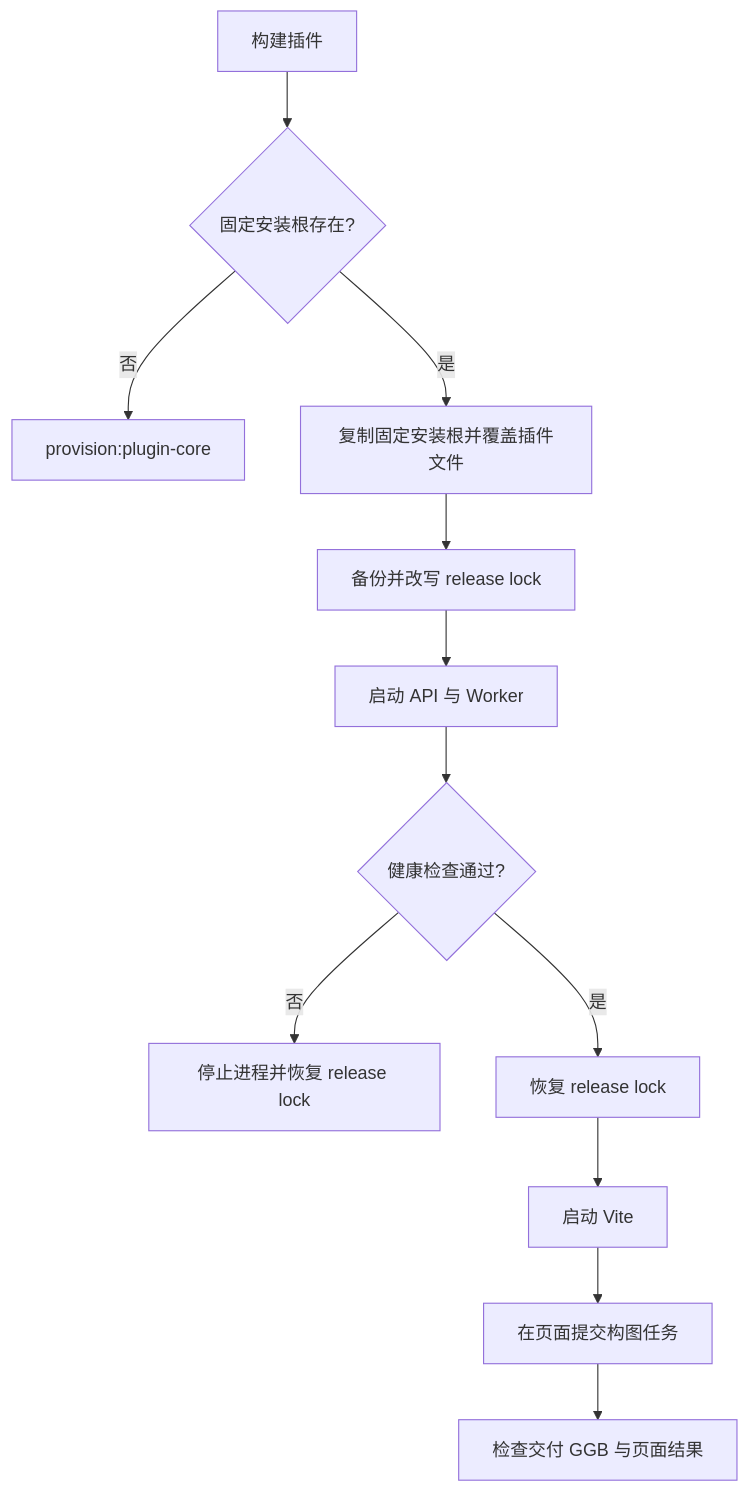
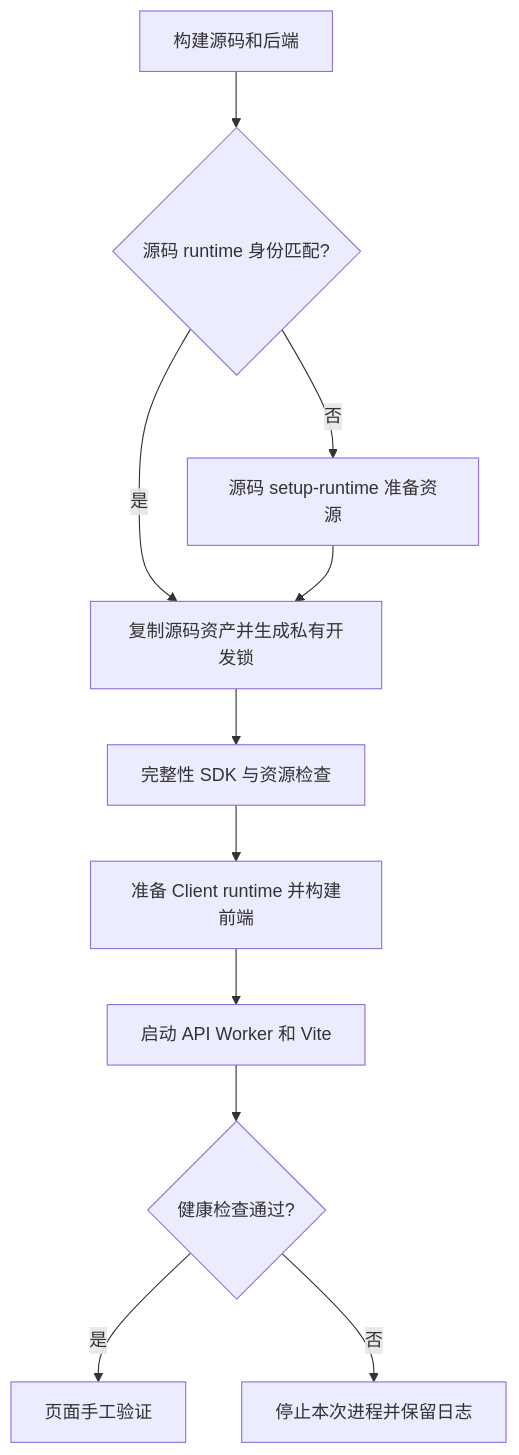
Before and after one commit to Jack7510/gpt_ggb: the second of 2 diagrams in docs/ggb-dsh-plugin-manual-verification.md, drawn with Mermaid. The commit also changed other lines of this file and 6 other files, not shown here.

````diff
--- a/docs/ggb-dsh-plugin-manual-verification.md
+++ b/docs/ggb-dsh-plugin-manual-verification.md
@@ -61,14 +57,13 @@
 ```mermaid
 flowchart TD
-  A[构建插件] --> B{固定安装根存在?}
-  B -- 否 --> B1[provision:plugin-core]
-  B -- 是 --> C[复制固定安装根并覆盖插件文件]
-  C --> D[备份并改写 release lock]
-  D --> E[启动 API 与 Worker]
-  E --> F{健康检查通过?}
-  F -- 否 --> X[停止进程并恢复 release lock]
-  F -- 是 --> G[恢复 release lock]
-  G --> H[启动 Vite]
-  H --> I[在页面提交构图任务]
-  I --> J[检查交付 GGB 与页面结果]
+  A[构建源码和后端] --> B{源码 runtime 身份匹配?}
+  B -->|否| C[源码 setup-runtime 准备资源]
+  B -->|是| D[复制源码资产并生成私有开发锁]
+  C --> D
+  D --> E[完整性 SDK 与资源检查]
+  E --> F[准备 Client runtime 并构建前端]
+  F --> G[启动 API Worker 和 Vite]
+  G --> H{健康检查通过?}
+  H -->|是| I[页面手工验证]
+  H -->|否| X[停止本次进程并保留日志]
 ```
````
